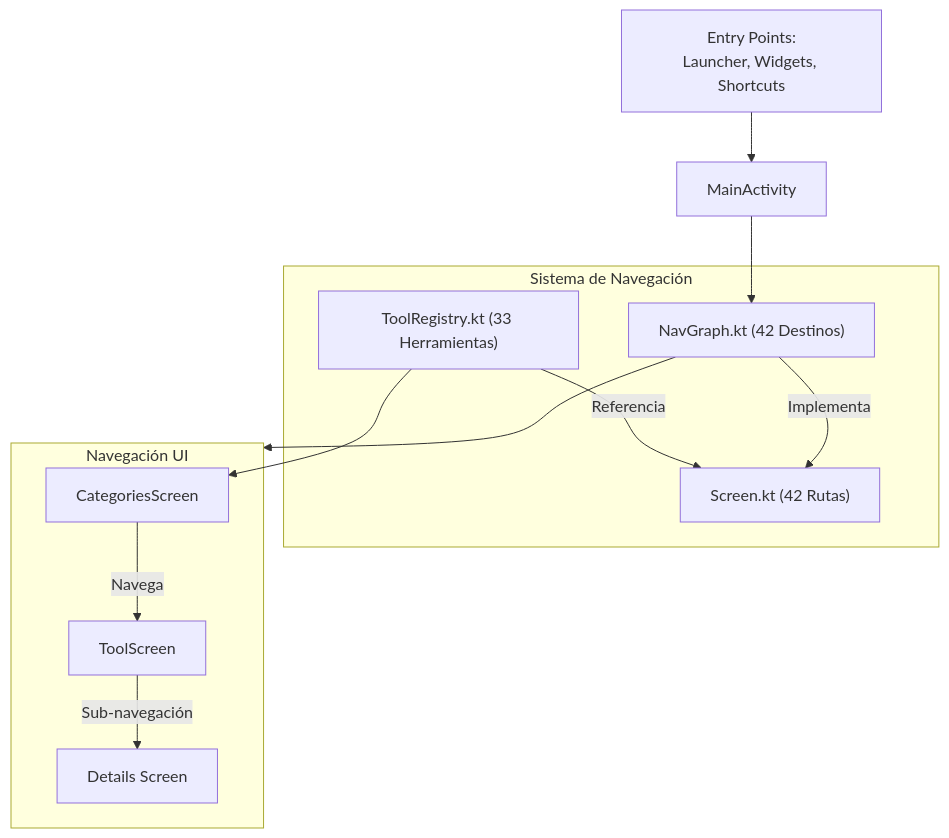
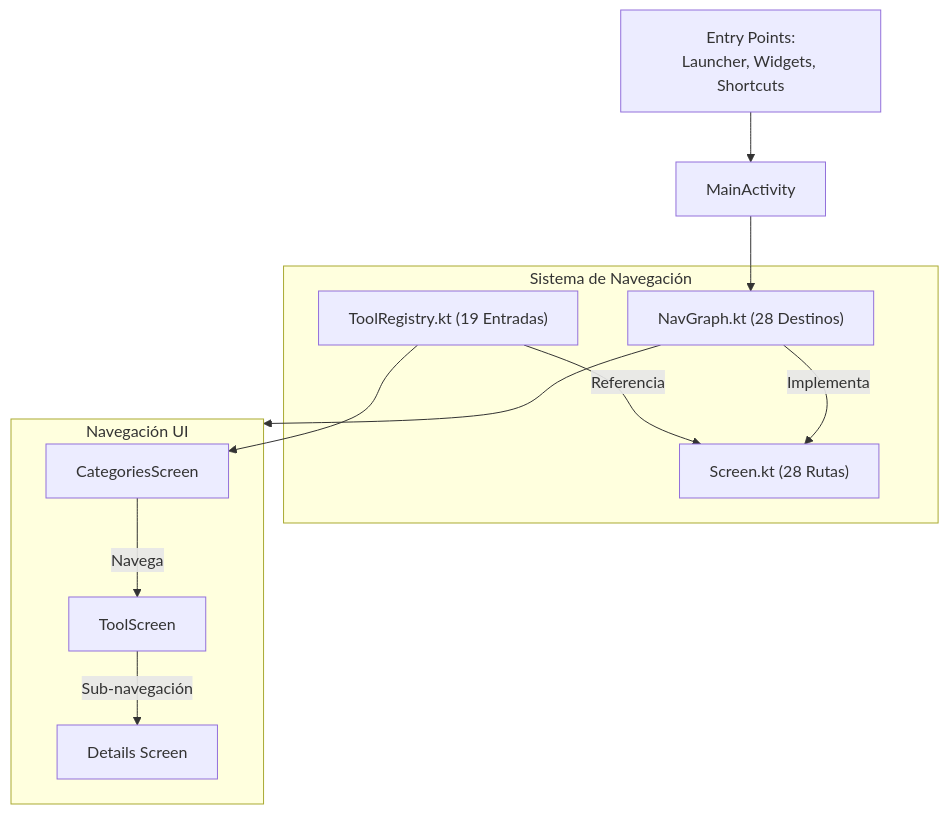
The third of 4 diagrams in docs/architecture.md (JoaquinSasso/MiniToolbox), drawn with Mermaid before and after one commit. The commit also changed other lines of this file and 92 other files, not shown here.

````diff
--- a/docs/architecture.md
+++ b/docs/architecture.md
@@ -116,23 +116,23 @@
 ```mermaid
 flowchart TD
     Entry["Entry Points:<br/>Launcher, Widgets, Shortcuts"] --> MA[MainActivity]
     
     subgraph Navigation_System [Sistema de Navegación]
-        S["Screen.kt (42 Rutas)"]
-        TR["ToolRegistry.kt (33 Herramientas)"]
-        NG["NavGraph.kt (42 Destinos)"]
+        S["Screen.kt (28 Rutas)"]
+        TR["ToolRegistry.kt (19 Entradas)"]
+        NG["NavGraph.kt (28 Destinos)"]
     end
 
     MA --> NG
     TR -->|Referencia| S
     NG -->|Implementa| S
     
     subgraph UI_Nav [Navegación UI]
         Cat[CategoriesScreen]
         Cat -->|Navega| Tool[ToolScreen]
         Tool -->|Sub-navegación| Sub[Details Screen]
     end
 
     TR --> Cat
     NG --> UI_Nav
 ```
````
